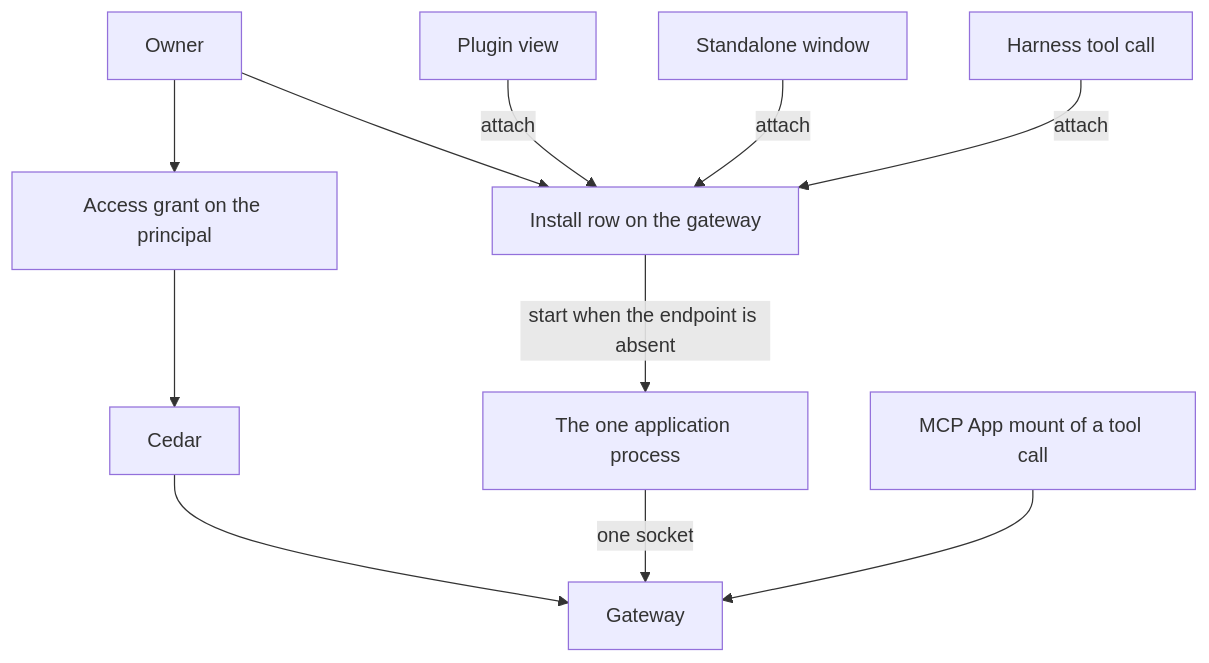
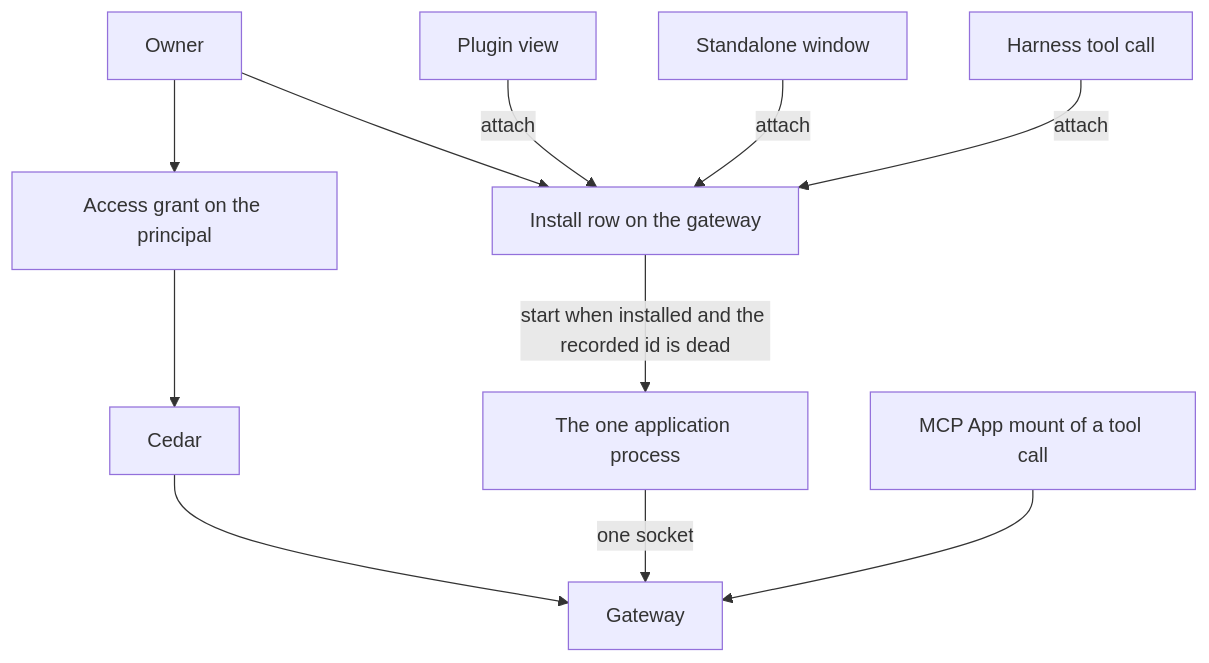
One commit to nessalabs/nessa-agent changed the second of 3 diagrams in docs/design/application-framework.md. Above: the diagram before and after it, drawn with Mermaid. The commit also changed other lines of this file, not shown here.

````diff
--- a/docs/design/application-framework.md
+++ b/docs/design/application-framework.md
@@ -174,23 +175,23 @@
 ```mermaid
 flowchart TD
   owner[Owner]
   grant[Access grant on the principal]
   cedar[Cedar]
   row[Install row on the gateway]
   process[The one application process]
   plugin[Plugin view]
   standalone[Standalone window]
   harness[Harness tool call]
   mount[MCP App mount of a tool call]
   gateway[Gateway]
   owner --> grant
   grant --> cedar
   cedar --> gateway
   owner --> row
-  row -->|start when the endpoint is absent| process
+  row -->|start when installed and the recorded id is dead| process
   plugin -->|attach| row
   standalone -->|attach| row
   harness -->|attach| row
   process -->|one socket| gateway
   mount --> gateway
 ```
````
